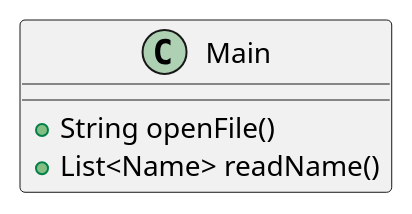
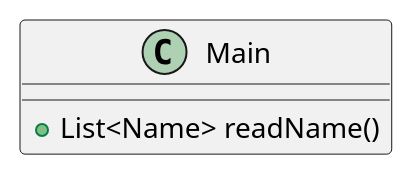
One commit to mplekunov/Assignment_3 changed the diagram in src/main/resources/ex41/ClassDiagrams/Main.puml. Above: the diagram before and after it, drawn with PlantUML. The commit also changed 45 other files, not shown here.

```diff
--- a/src/main/resources/ex41/ClassDiagrams/Main.puml
+++ b/src/main/resources/ex41/ClassDiagrams/Main.puml
@@ -1,10 +1,8 @@
 @startuml
 'https://plantuml.com/class-diagram
 
 class Main {
-
-    +String openFile()
     +List<Name> readName()
 }
 
 @enduml
```
